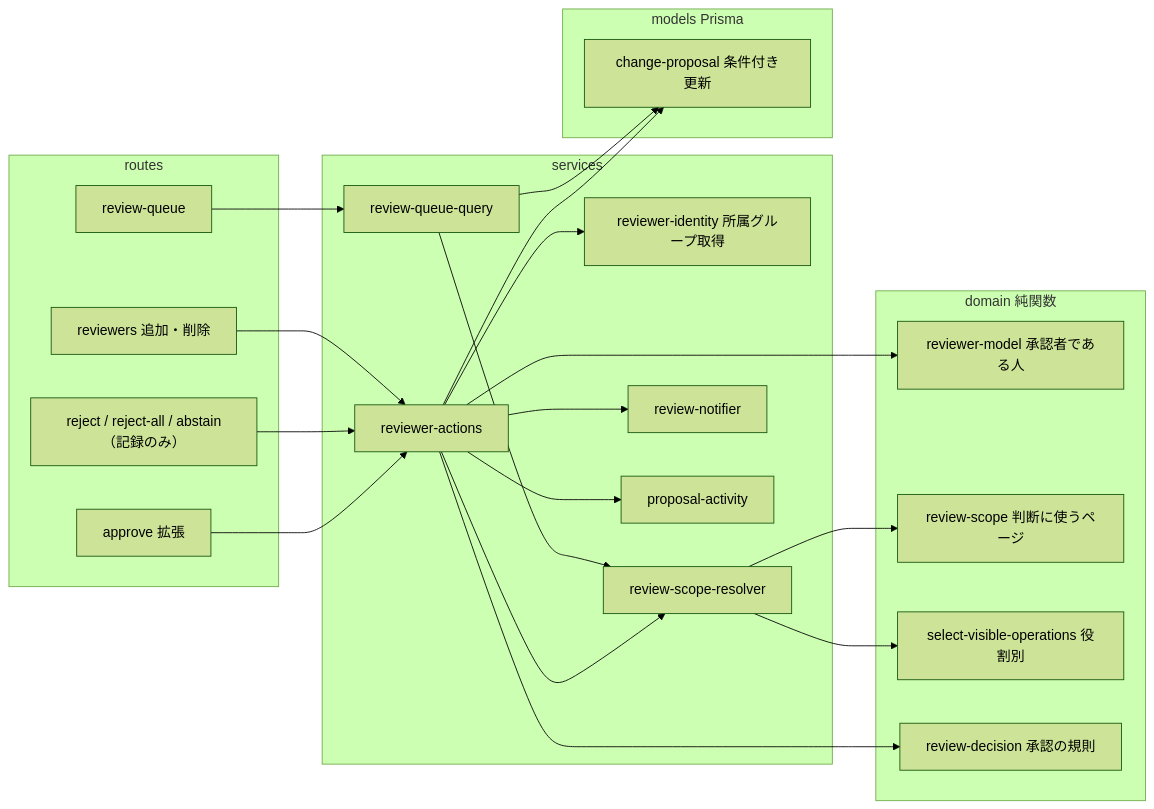
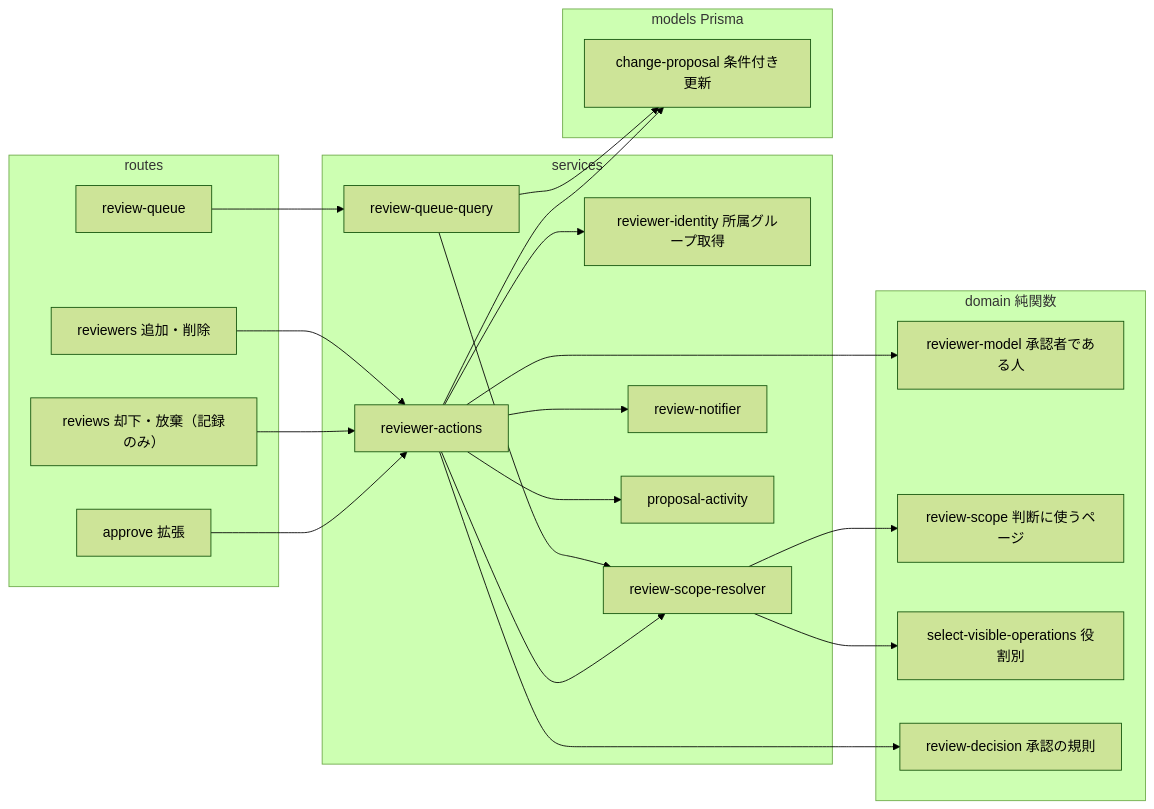
The first of 3 diagrams in .kiro/specs/change-proposal-reviewers/design.md (growilabs/growi), drawn with Mermaid (forest theme) before and after one commit. The commit also changed other lines of this file and 2 other files, not shown here.

````diff
--- a/.kiro/specs/change-proposal-reviewers/design.md
+++ b/.kiro/specs/change-proposal-reviewers/design.md
@@ -68,41 +69,41 @@
 ```mermaid
 flowchart LR
   subgraph Routes[routes]
     A[approve 拡張]
-    R[reject / reject-all / abstain（記録のみ）]
+    R[reviews 却下・放棄（記録のみ）]
     V[reviewers 追加・削除]
     Q[review-queue]
   end
   subgraph Services[services]
     RA[reviewer-actions]
     ID[reviewer-identity 所属グループ取得]
     SC[review-scope-resolver]
     QQ[review-queue-query]
     RN[review-notifier]
     PA[proposal-activity]
   end
   subgraph Domain[domain 純関数]
     RM[reviewer-model 承認者である人]
     RS[review-scope 判断に使うページ]
     SV[select-visible-operations 役割別]
     DR[review-decision 承認の規則]
   end
   subgraph Model[models Prisma]
     M[change-proposal 条件付き更新]
   end
   A --> RA
   R --> RA
   V --> RA
   Q --> QQ
   RA --> ID
   RA --> SC
   RA --> RM
   RA --> DR
   RA --> M
   RA --> RN
   RA --> PA
   QQ --> M
   QQ --> SC
   SC --> RS
   SC --> SV
 ```
````
